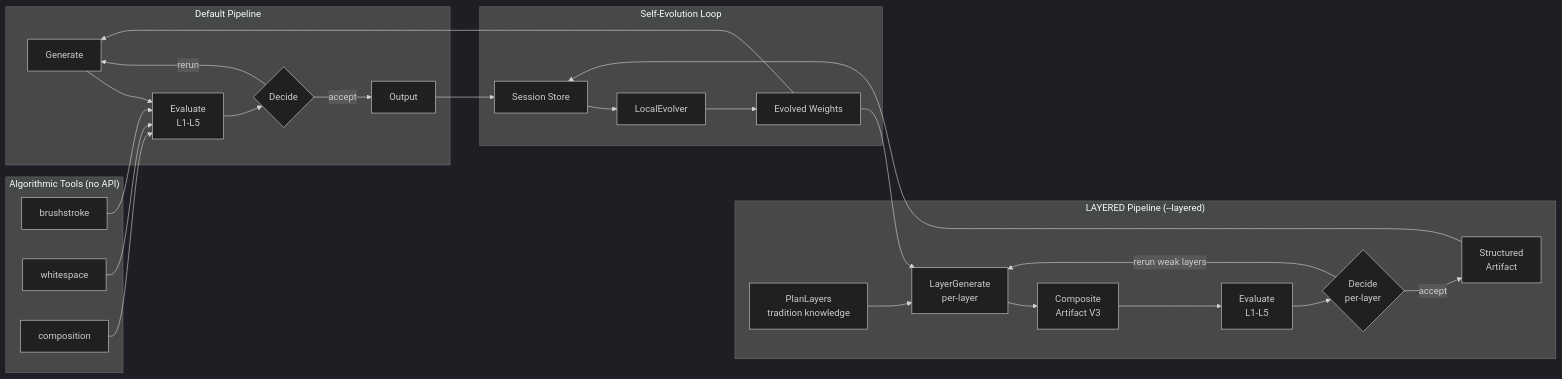
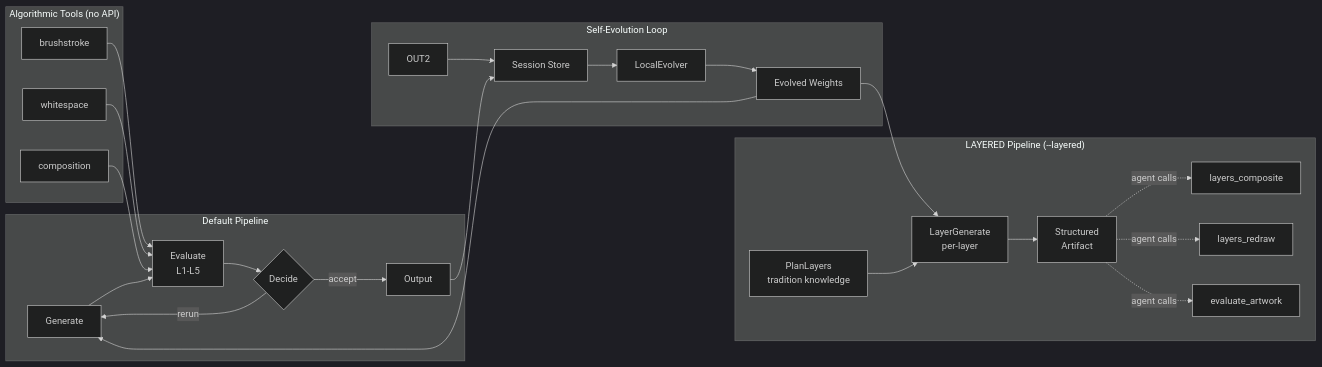
Before and after one commit to vulca-org/vulca: the first of 2 diagrams in README.md, drawn with Mermaid (dark theme). The commit also changed 3 other files, not shown here.

````diff
--- a/README.md
+++ b/README.md
@@ -43,33 +43,32 @@
 ```mermaid
 graph LR
     subgraph Default["Default Pipeline"]
         G[Generate] --> E[Evaluate<br/>L1-L5]
         E --> D{Decide}
         D -->|rerun| G
         D -->|accept| OUT[Output]
     end
 
     subgraph Layered["LAYERED Pipeline (--layered)"]
         PL[PlanLayers<br/>tradition knowledge] --> LG[LayerGenerate<br/>per-layer]
-        LG --> CO[Composite<br/>Artifact V3]
-        CO --> E2[Evaluate<br/>L1-L5]
-        E2 --> D2{Decide<br/>per-layer}
-        D2 -->|rerun weak layers| LG
-        D2 -->|accept| OUT2[Structured<br/>Artifact]
+        LG --> ART[Structured<br/>Artifact]
+        ART -.->|agent calls| COMP[layers_composite]
+        ART -.->|agent calls| RD[layers_redraw]
+        ART -.->|agent calls| EV[evaluate_artwork]
     end
 
     subgraph Evolution["Self-Evolution Loop"]
         OUT --> SE[Session Store]
         OUT2 --> SE
         SE --> LE[LocalEvolver]
         LE --> EW[Evolved Weights]
         EW --> G
         EW --> LG
     end
 
     subgraph Tools["Algorithmic Tools (no API)"]
         T1[brushstroke] --> E
         T2[whitespace] --> E
         T3[composition] --> E
     end
 ```
````
